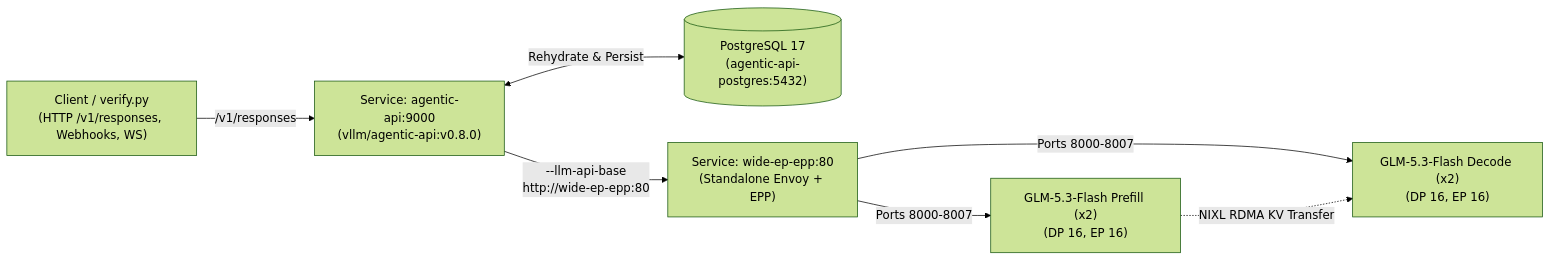
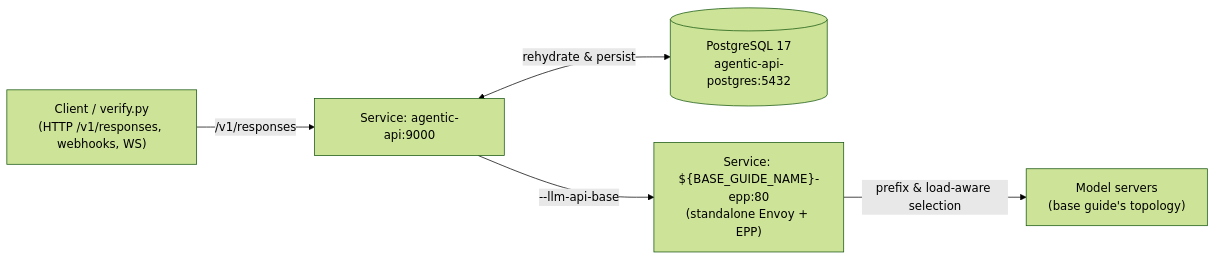
One commit to llm-d/llm-d changed the first of 2 diagrams in guides/agentic-api/README.md. Above: the diagram before and after it, drawn with Mermaid (forest theme). The commit also changed other lines of this file and 12 other files, not shown here.

````diff
--- a/guides/agentic-api/README.md
+++ b/guides/agentic-api/README.md
@@ -48,16 +175,13 @@
 ```mermaid
 flowchart LR
-    C["Client / verify.py\n(HTTP /v1/responses, Webhooks, WS)"]
-    A["Service: agentic-api:9000\n(vllm/agentic-api:v0.8.0)"]
-    PG[("PostgreSQL 17\n(agentic-api-postgres:5432)")]
-    R["Service: wide-ep-epp:80\n(Standalone Envoy + EPP)"]
-    V0["GLM-5.3-Flash Prefill (x2)\n(DP 16, EP 16)"]
-    V1["GLM-5.3-Flash Decode (x2)\n(DP 16, EP 16)"]
+    C["Client / verify.py<br>(HTTP /v1/responses, webhooks, WS)"]
+    A["Service: agentic-api:9000"]
+    PG[("PostgreSQL 17<br>agentic-api-postgres:5432")]
+    R["Service: ${BASE_GUIDE_NAME}-epp:80<br>(standalone Envoy + EPP)"]
+    V["Model servers<br>(base guide's topology)"]
 
     C -->|"/v1/responses"| A
-    A <-->|"Rehydrate & Persist"| PG
-    A -->|"--llm-api-base\nhttp://wide-ep-epp:80"| R
-    R -->|"Ports 8000-8007"| V0
-    R -->|"Ports 8000-8007"| V1
-    V0 -.->|"NIXL RDMA KV Transfer"| V1
+    A <-->|"rehydrate & persist"| PG
+    A -->|"--llm-api-base"| R
+    R -->|"prefix & load-aware selection"| V
 ```
````
